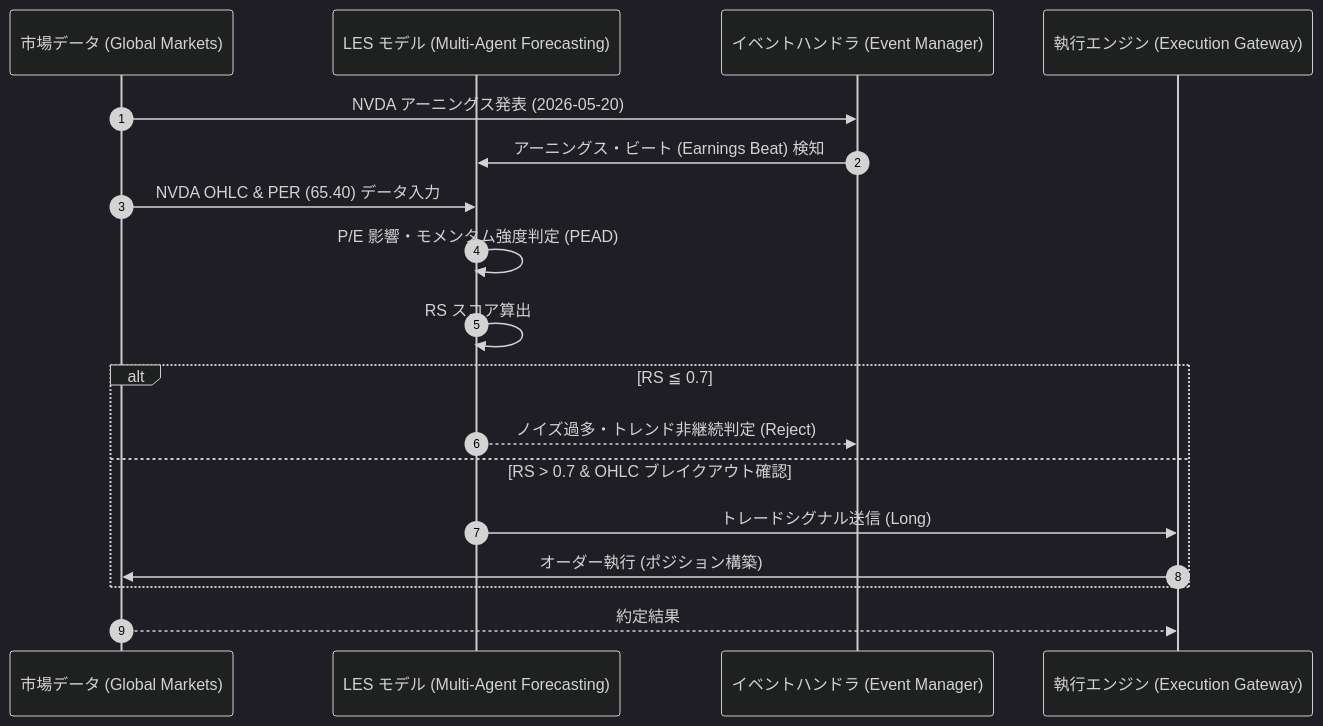
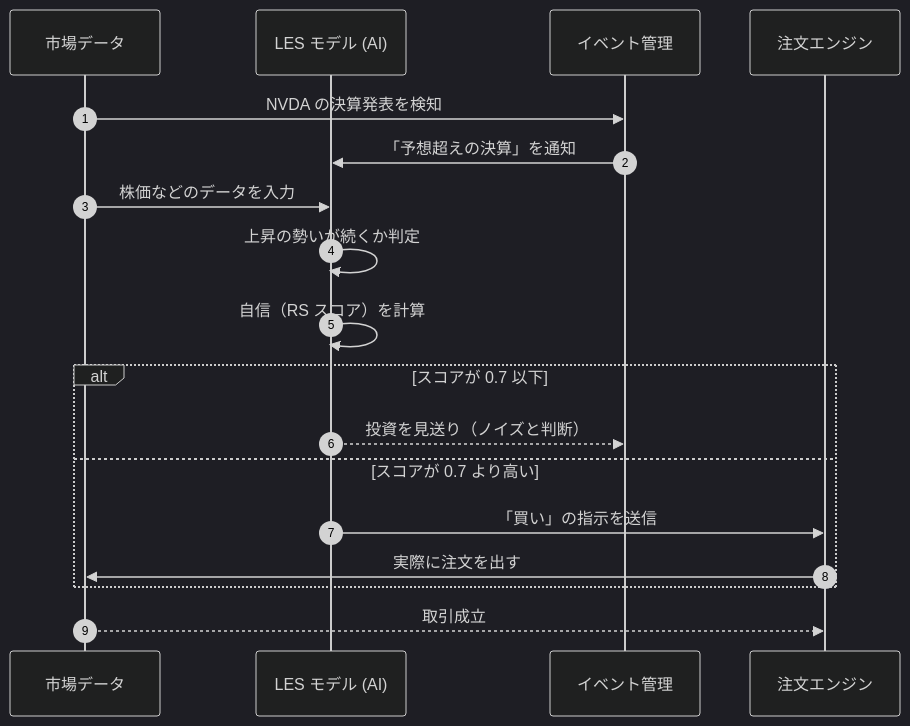
Before and after one commit to KAFKA2306/investor: the diagram in docs/arxiv/20260225_nvda_pead_momentum_01.md, drawn with Mermaid (dark theme). The commit also changed other lines of this file and 19 other files, not shown here.

````diff
--- a/docs/arxiv/20260225_nvda_pead_momentum_01.md
+++ b/docs/arxiv/20260225_nvda_pead_momentum_01.md
@@ -39,21 +38,21 @@
 ```mermaid
 sequenceDiagram
     autonumber
-    participant Market as 市場データ (Global Markets)
-    participant Model as LES モデル (Multi-Agent Forecasting)
-    participant EventMgr as イベントハンドラ (Event Manager)
-    participant Exec as 執行エンジン (Execution Gateway)
+    participant Market as 市場データ
+    participant Model as LES モデル (AI)
+    participant EventMgr as イベント管理
+    participant Exec as 注文エンジン
 
-    Market->>EventMgr: NVDA アーニングス発表 (2026-05-20)
-    EventMgr->>Model: アーニングス・ビート (Earnings Beat) 検知
-    Market->>Model: NVDA OHLC & PER (65.40) データ入力
-    Model->>Model: P/E 影響・モメンタム強度判定 (PEAD)
-    Model->>Model: RS スコア算出
-    alt RS ≦ 0.7
-        Model-->>EventMgr: ノイズ過多・トレンド非継続判定 (Reject)
-    else RS > 0.7 & OHLC ブレイクアウト確認
-        Model->>Exec: トレードシグナル送信 (Long)
-        Exec->>Market: オーダー執行 (ポジション構築)
+    Market->>EventMgr: NVDA の決算発表を検知
+    EventMgr->>Model: 「予想超えの決算」を通知
+    Market->>Model: 株価などのデータを入力
+    Model->>Model: 上昇の勢いが続くか判定
+    Model->>Model: 自信（RS スコア）を計算
+    alt スコアが 0.7 以下
+        Model-->>EventMgr: 投資を見送り（ノイズと判断）
+    else スコアが 0.7 より高い
+        Model->>Exec: 「買い」の指示を送信
+        Exec->>Market: 実際に注文を出す
     end
-    Market-->>Exec: 約定結果
+    Market-->>Exec: 取引成立
 ```
````
